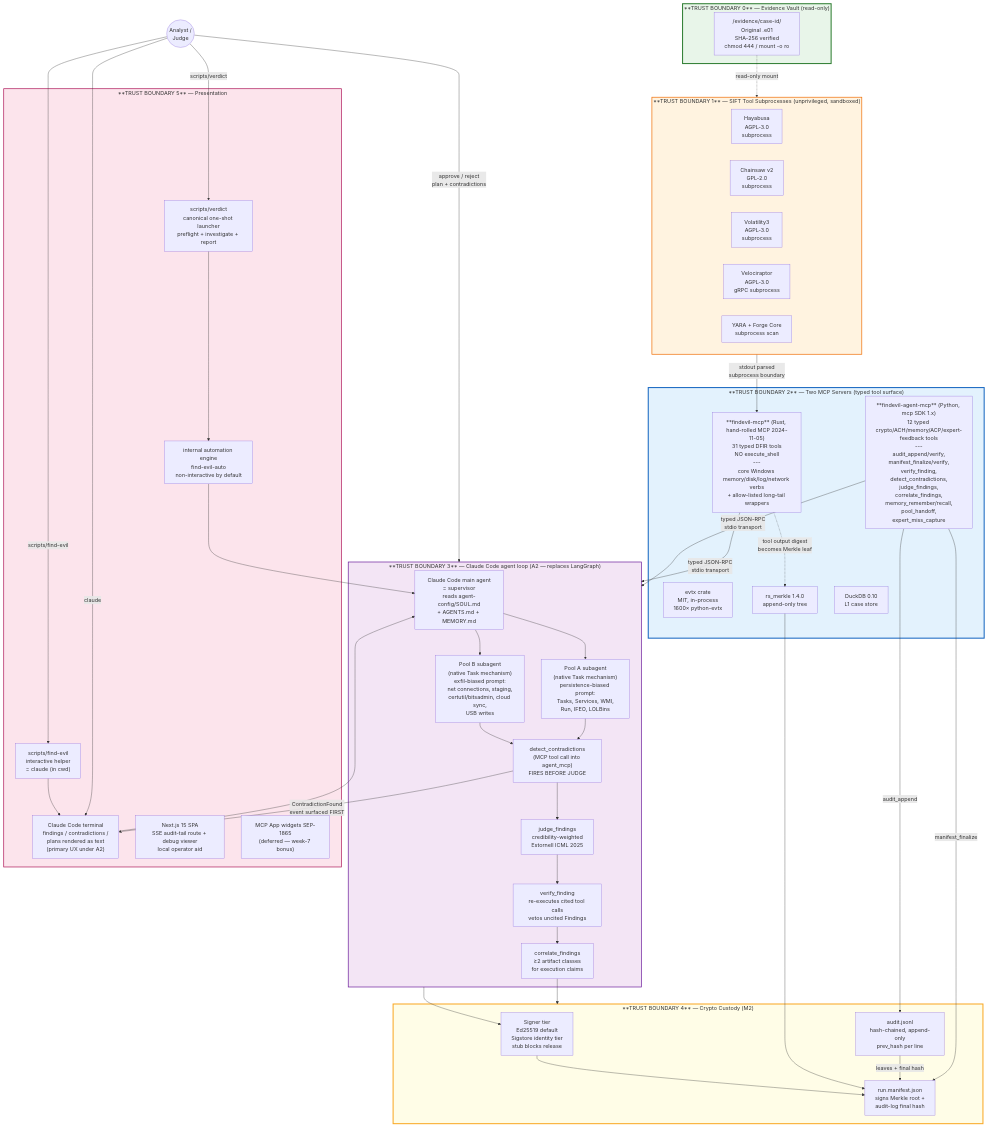
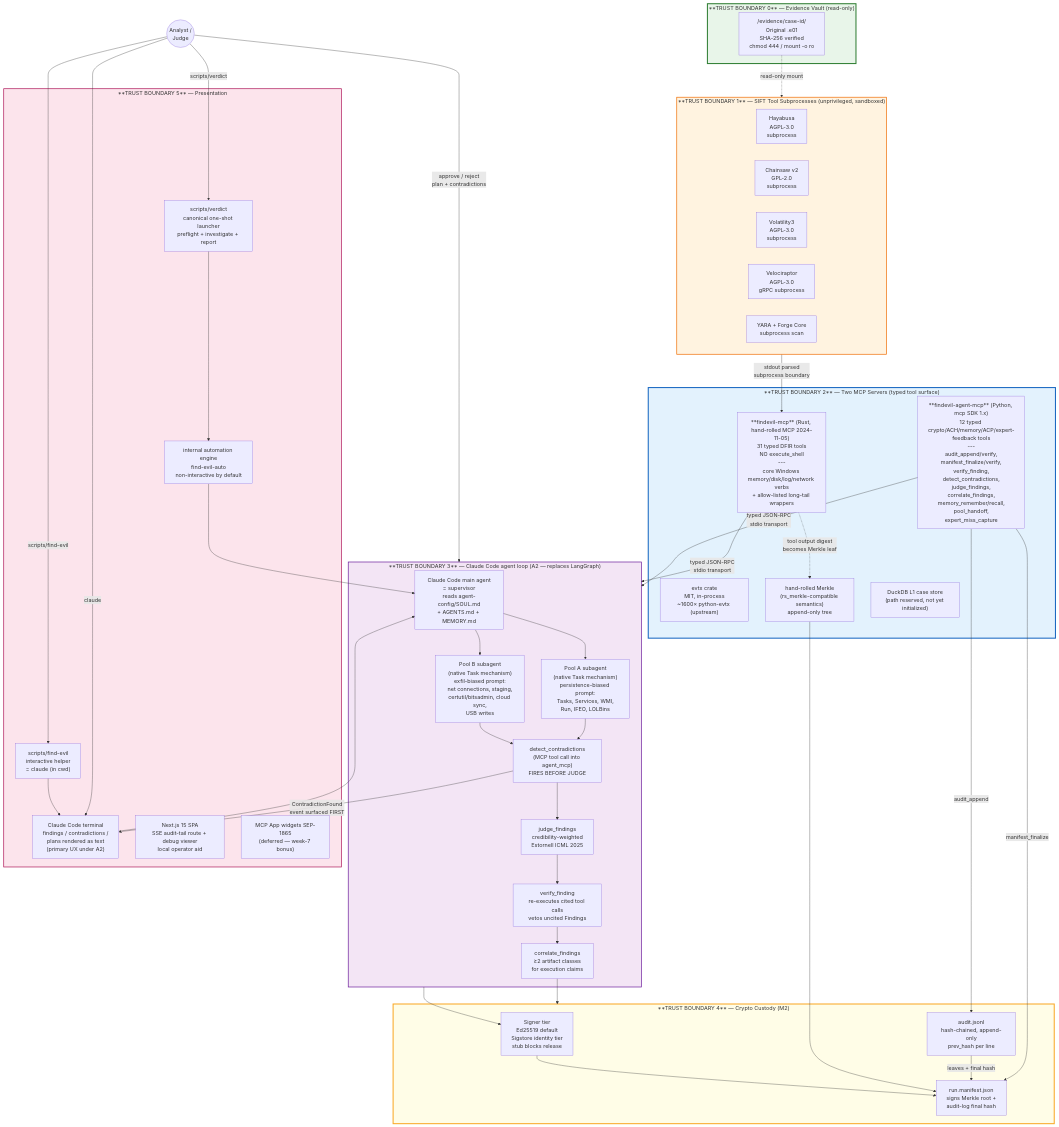
One commit to TimothyVang/verdict-dfir changed the first of 2 diagrams in docs/architecture.md. Above: the diagram before and after it, drawn with Mermaid. The commit also changed other lines of this file and 5 other files, not shown here.

```diff
--- a/docs/architecture.md
+++ b/docs/architecture.md
@@ -65,9 +65,9 @@
     subgraph Trust2["**TRUST BOUNDARY 2** — Two MCP Servers (typed tool surface)"]
         RustMcp["**findevil-mcp** (Rust, hand-rolled MCP 2024-11-05)<br/>31 typed DFIR tools<br/>NO execute_shell<br/>---<br/>core Windows memory/disk/log/network verbs<br/>+ allow-listed long-tail wrappers"]
         AgentMcp["**findevil-agent-mcp** (Python, mcp SDK 1.x)<br/>12 typed crypto/ACH/memory/ACP/expert-feedback tools<br/>---<br/>audit_append/verify,<br/>manifest_finalize/verify,<br/>verify_finding,<br/>detect_contradictions,<br/>judge_findings,<br/>correlate_findings,<br/>memory_remember/recall,<br/>pool_handoff,<br/>expert_miss_capture"]
-        EvtxCrate["evtx crate<br/>MIT, in-process<br/>1600× python-evtx"]
-        Merkle["rs_merkle 1.4.0<br/>append-only tree"]
-        DuckDB["DuckDB 0.10<br/>L1 case store"]
+        EvtxCrate["evtx crate<br/>MIT, in-process<br/>~1600× python-evtx (upstream)"]
+        Merkle["hand-rolled Merkle<br/>(rs_merkle-compatible semantics)<br/>append-only tree"]
+        DuckDB["DuckDB L1 case store<br/>(path reserved, not yet initialized)"]
     end
 
     subgraph Trust3["**TRUST BOUNDARY 3** — Claude Code agent loop (A2 — replaces LangGraph)"]
```
